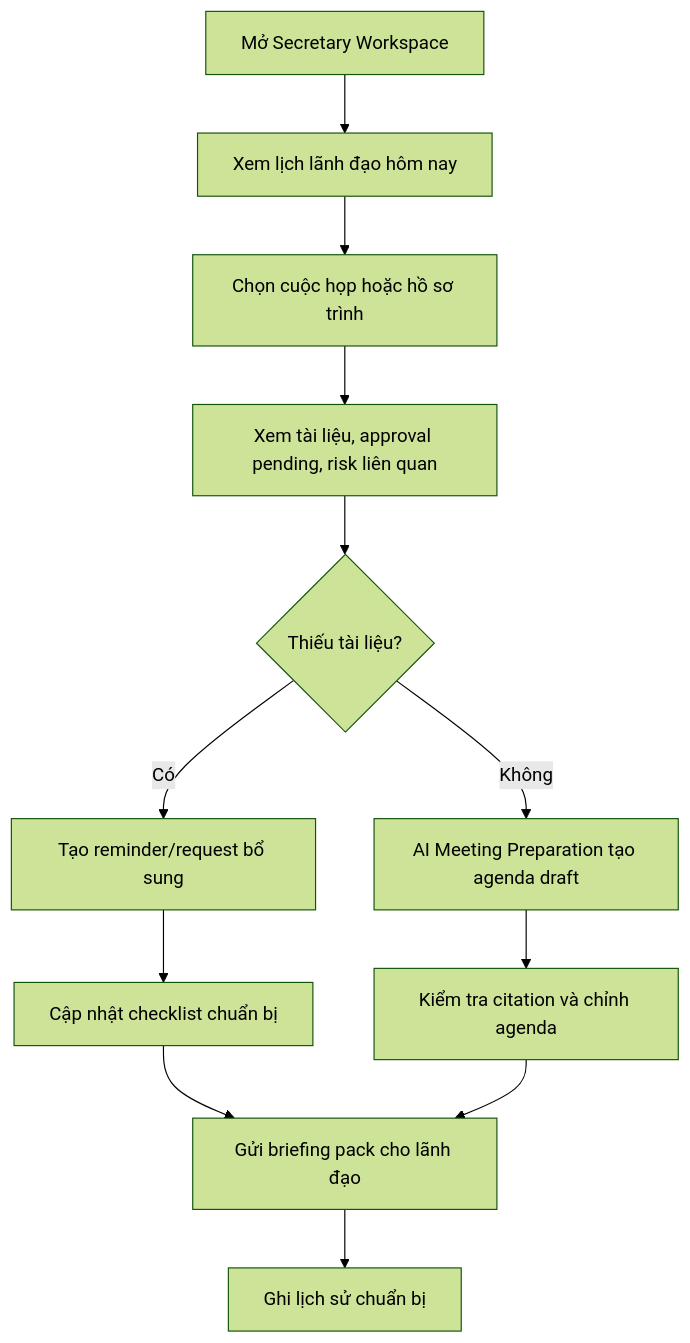
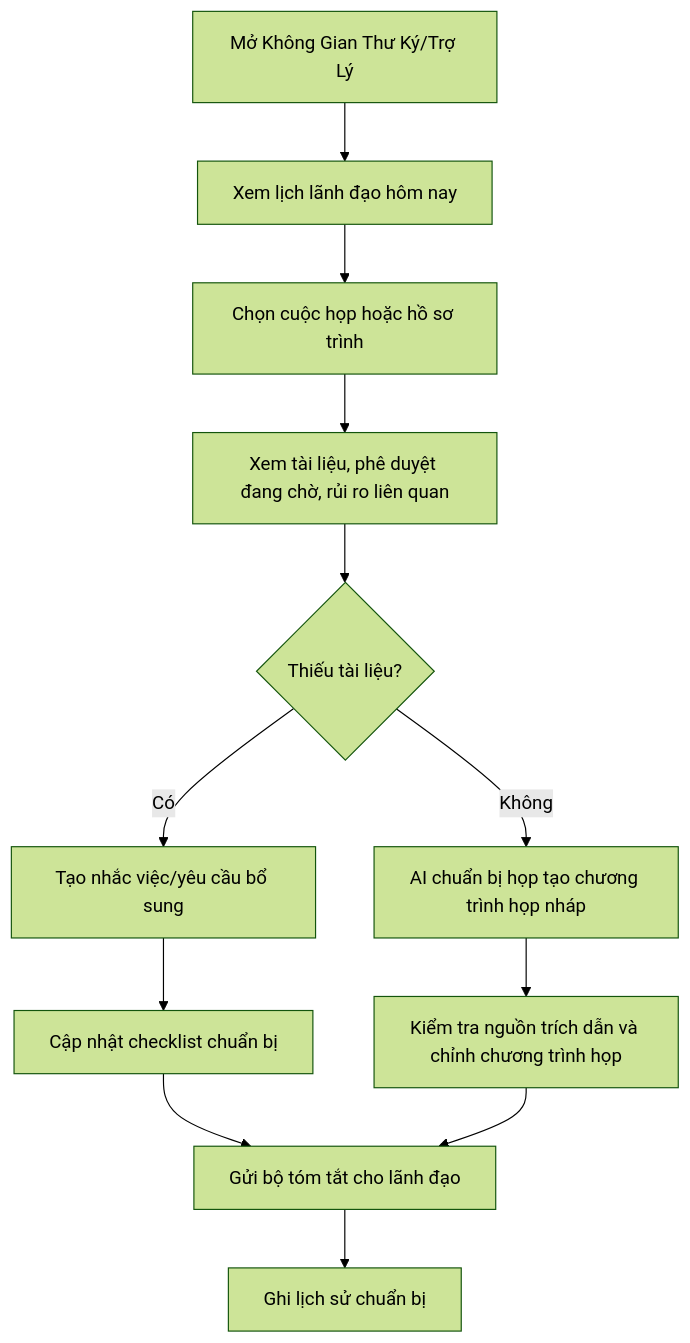
Before and after one commit to shomesgroupvietnam-cyber/greennest-bo: the fifth of 5 diagrams in _bmad-output/planning-artifacts/ux-design-specification/user-journey-flows.md, drawn with Mermaid (forest theme). The commit also changed other lines of this file and 145 other files, not shown here.

````diff
--- a/_bmad-output/planning-artifacts/ux-design-specification/user-journey-flows.md
+++ b/_bmad-output/planning-artifacts/ux-design-specification/user-journey-flows.md
@@ -90,14 +90,14 @@
 ```mermaid
 flowchart TD
-  A[Mở Secretary Workspace] --> B[Xem lịch lãnh đạo hôm nay]
+  A[Mở Không Gian Thư Ký/Trợ Lý] --> B[Xem lịch lãnh đạo hôm nay]
   B --> C[Chọn cuộc họp hoặc hồ sơ trình]
-  C --> D[Xem tài liệu, approval pending, risk liên quan]
+  C --> D[Xem tài liệu, phê duyệt đang chờ, rủi ro liên quan]
   D --> E{Thiếu tài liệu?}
-  E -->|Có| F[Tạo reminder/request bổ sung]
-  E -->|Không| G[AI Meeting Preparation tạo agenda draft]
+  E -->|Có| F[Tạo nhắc việc/yêu cầu bổ sung]
+  E -->|Không| G[AI chuẩn bị họp tạo chương trình họp nháp]
   F --> H[Cập nhật checklist chuẩn bị]
-  G --> I[Kiểm tra citation và chỉnh agenda]
-  H --> J[Gửi briefing pack cho lãnh đạo]
+  G --> I[Kiểm tra nguồn trích dẫn và chỉnh chương trình họp]
+  H --> J[Gửi bộ tóm tắt cho lãnh đạo]
   I --> J
   J --> K[Ghi lịch sử chuẩn bị]
 ```
````
